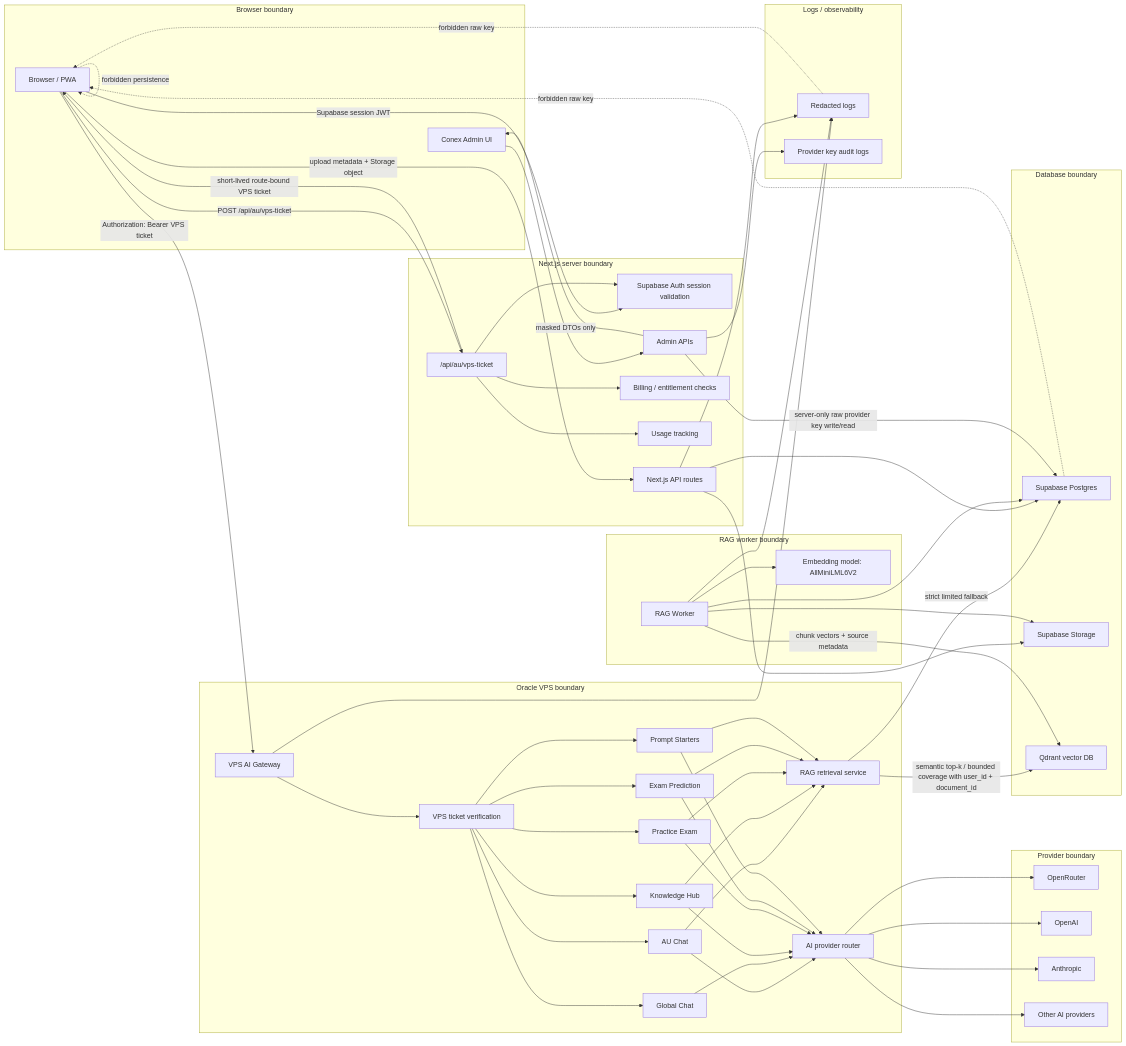
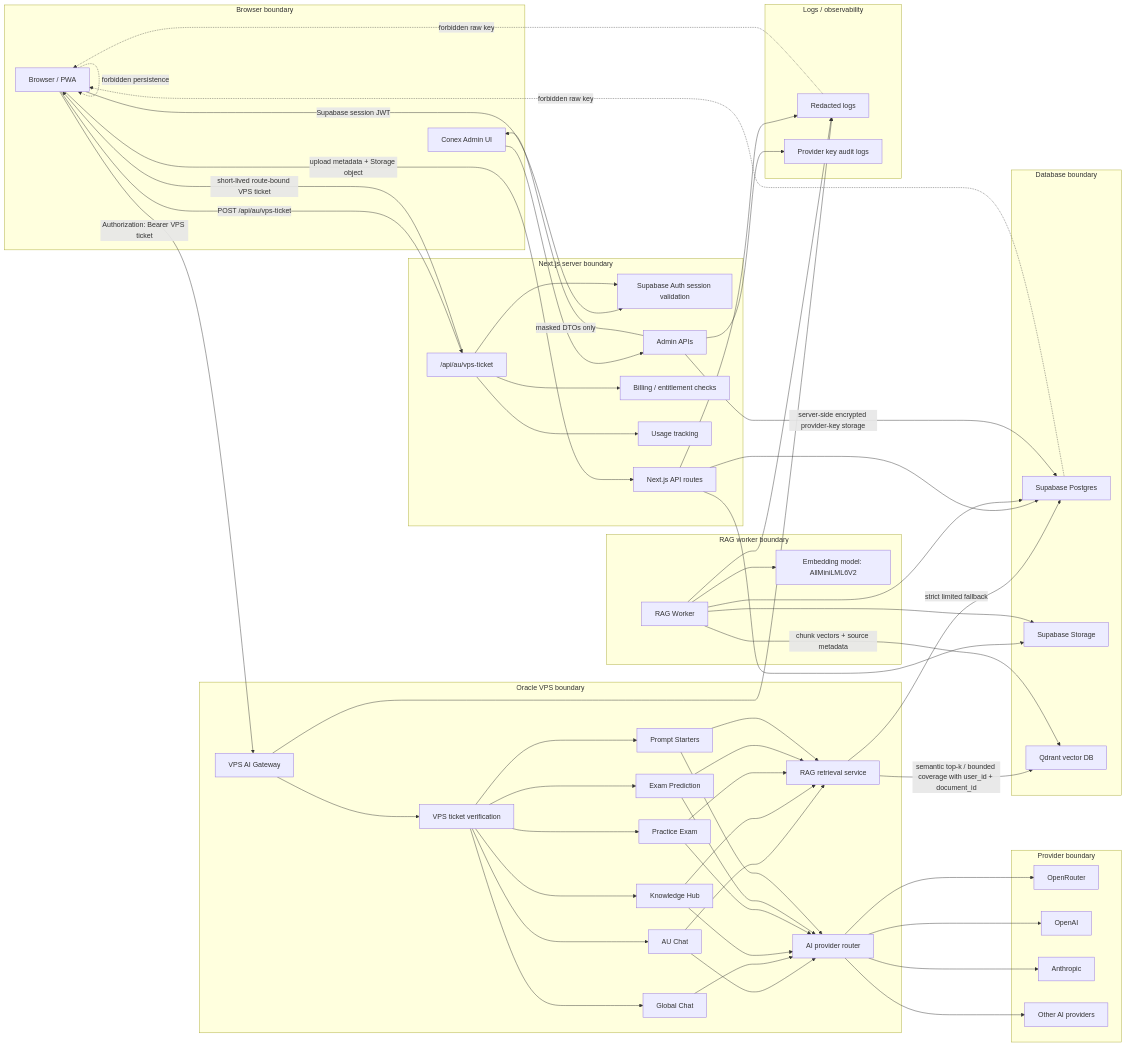
Before and after one commit to DATACUBEAU/Datacube_Au: the diagram in docs/architecture/datacube-au-ai-rag-pipeline.md, drawn with Mermaid. The commit also changed other lines of this file and 29 other files, not shown here.

First line of the commit message:
feat: implement provider key encryption and update routing contract

```diff
--- a/docs/architecture/datacube-au-ai-rag-pipeline.md
+++ b/docs/architecture/datacube-au-ai-rag-pipeline.md
@@ -100,7 +100,7 @@
 
   AdminUI --> AdminAPI
   AdminAPI -->|"masked DTOs only"| AdminUI
-  AdminAPI -->|"server-only raw provider key write/read"| Postgres
+  AdminAPI -->|"server-side encrypted provider-key storage"| Postgres
   AdminAPI --> Audit
   Gateway --> Logs
   NextAPI --> Logs
```
